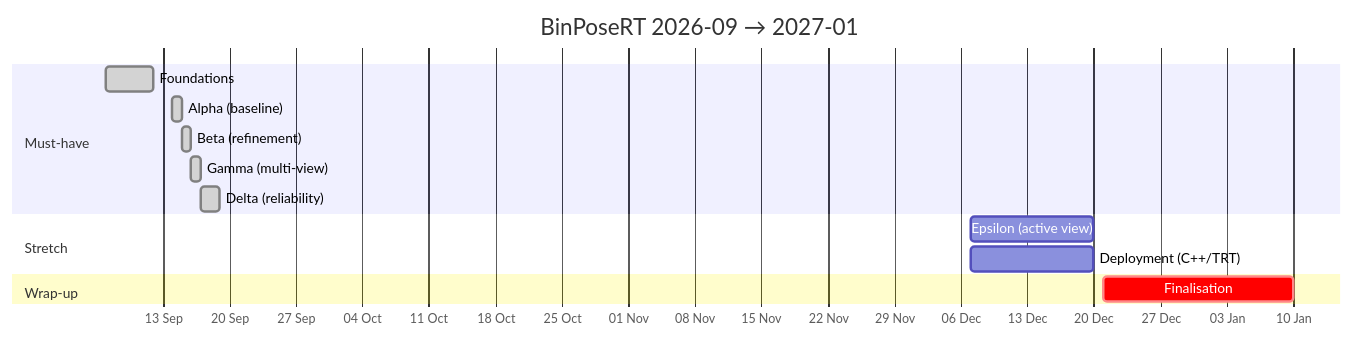
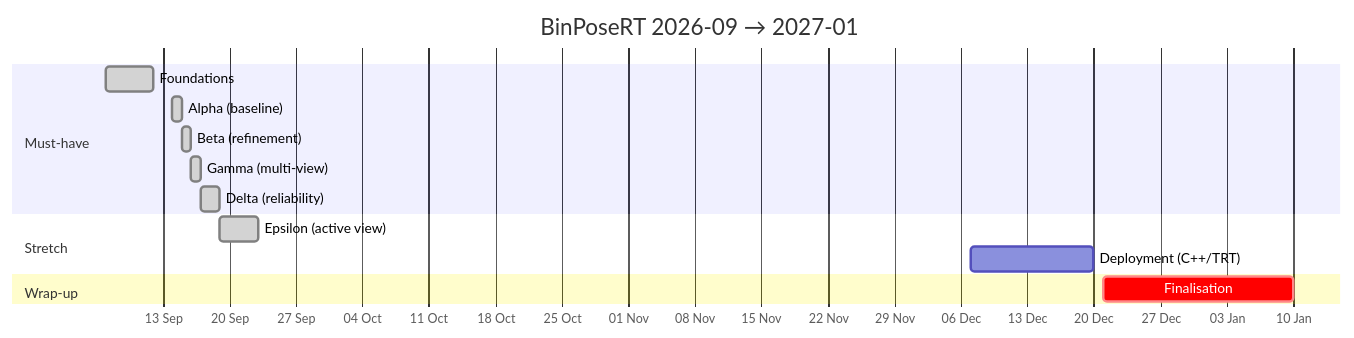
One commit to ahmadmasood43/BinPoseRT changed the diagram in docs/MILESTONES.md. Above: the diagram before and after it, drawn with Mermaid. The commit also changed other lines of this file and 23 other files, not shown here.

````diff
--- a/docs/MILESTONES.md
+++ b/docs/MILESTONES.md
@@ -29,17 +29,17 @@
 ```mermaid
 gantt
     title BinPoseRT 2026-09 → 2027-01
     dateFormat  YYYY-MM-DD
     axisFormat  %d %b
     section Must-have
     Foundations            :done,    m1, 2026-09-07, 2026-09-12
     Alpha (baseline)       :done,    m2, 2026-09-14, 2026-09-15
     Beta (refinement)      :done,    m3, 2026-09-15, 2026-09-16
     Gamma (multi-view)     :done,    m4, 2026-09-16, 2026-09-17
     Delta (reliability)    :done,    m5, 2026-09-17, 2026-09-19
     section Stretch
-    Epsilon (active view)  :         m6, 2026-12-07, 2026-12-20
+    Epsilon (active view)  :done,    m6, 2026-09-19, 2026-09-23
     Deployment (C++/TRT)   :         m7, 2026-12-07, 2026-12-20
     section Wrap-up
     Finalisation           :crit,    m8, 2026-12-21, 2027-01-10
 ```
````
